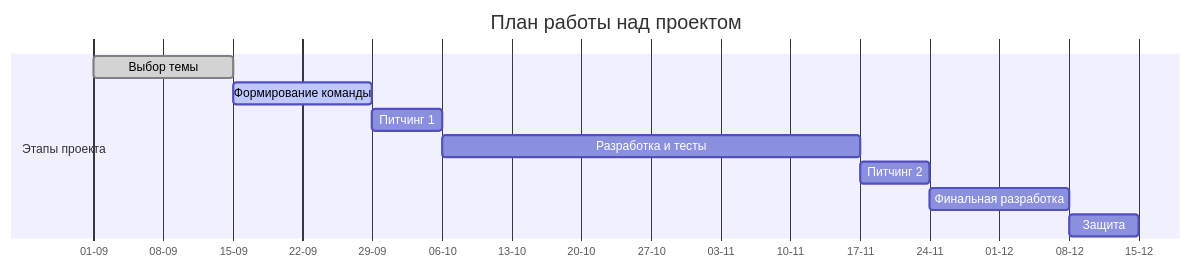
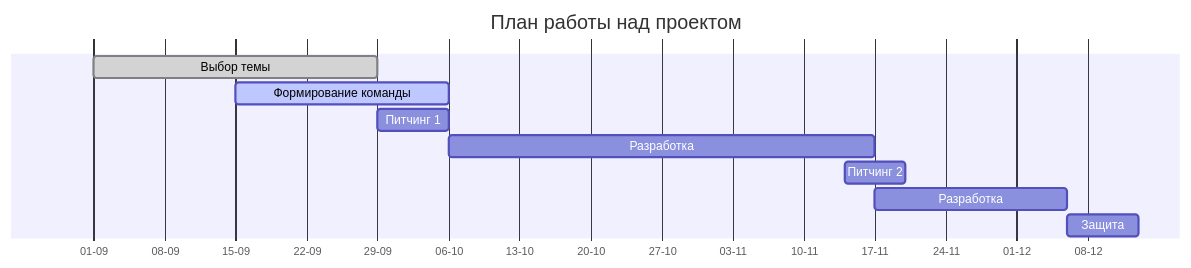
The diagram in content/iis/0_overview/index.md (mlnchkdv/mlabs.space), drawn with Mermaid before and after one commit. The commit also changed other lines of this file, not shown here.

Commit message:
upd iis index

```diff
--- a/content/iis/0_overview/index.md
+++ b/content/iis/0_overview/index.md
@@ -1149,15 +1148,14 @@
 {{< mermaid >}}
 gantt
     title План работы над проектом
     dateFormat  YYYY-MM-DD
     axisFormat  %d-%m
 
-    section Этапы проекта
-    Выбор темы          :done,    des1, 2024-09-01, 14d
-    Формирование команды :active,  des2, 2024-09-15, 14d
+    Выбор темы           :done,    des1, 2024-09-01, 28d
+    Формирование команды :active,  des2, 2024-09-15, 21d
     Питчинг 1            :        des3, 2024-09-29, 7d
-    Разработка и тесты   :        des4, 2024-10-06, 42d
-    Питчинг 2            :        des5, 2024-11-17, 7d
-    Финальная разработка :        des6, 2024-11-24, 14d
-    Защита               :        des7, 2024-12-08, 7d
+    Разработка           :        des4, 2024-10-06, 42d
+    Питчинг 2            :        des5, 2024-11-14, 6d
+    Разработка           :        des6, 2024-11-17, 19d
+    Защита               :        des7, 2024-12-06, 7d
 {{< /mermaid >}}
```
